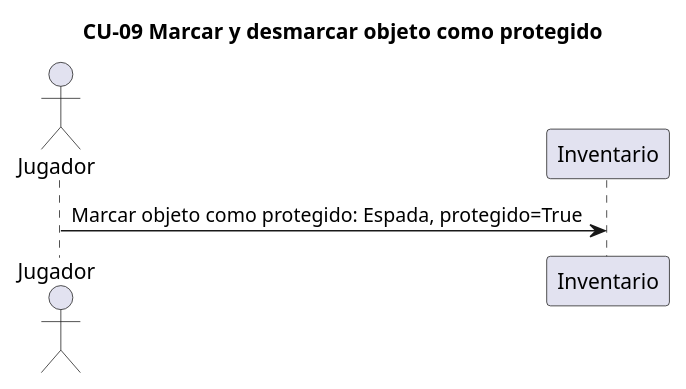
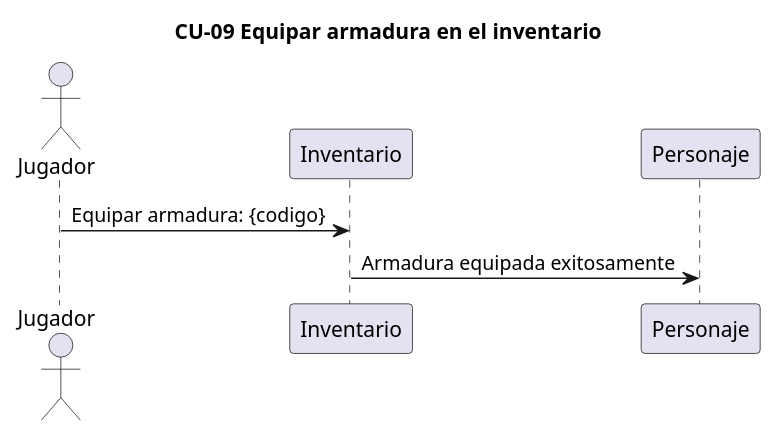
The diagram in salida/diagramas/04_secuencia_CU-09.puml (Samuel-uxn/analisis-final-g02), drawn with PlantUML before and after one commit. The commit also changed 21 other files, not shown here.

```diff
--- a/salida/diagramas/04_secuencia_CU-09.puml
+++ b/salida/diagramas/04_secuencia_CU-09.puml
@@ -1,8 +1,10 @@
 @startuml
 ' Generado por spec2code. Es una PROPUESTA del pipeline: audítala contra la spec.
-title CU-09 Marcar y desmarcar objeto como protegido
+title CU-09 Equipar armadura en el inventario
 actor "Jugador" as P1
 participant "Inventario" as P2
+participant "Personaje" as P3
 
-P1 -> P2 : Marcar objeto como protegido: Espada, protegido=True
+P1 -> P2 : Equipar armadura: {codigo}
+P2 -> P3 : Armadura equipada exitosamente
 @enduml
```
